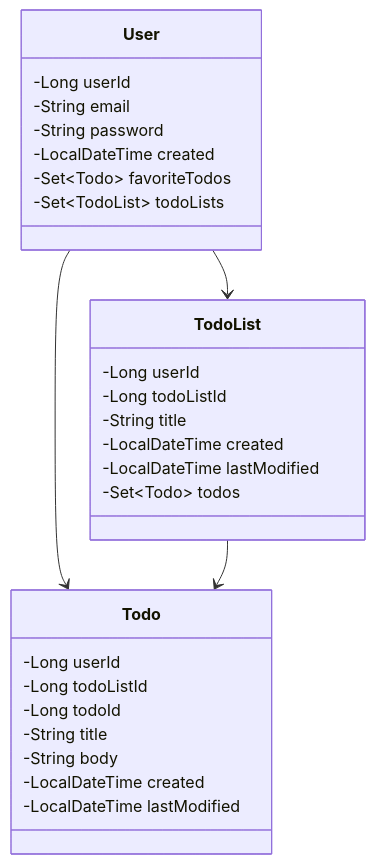
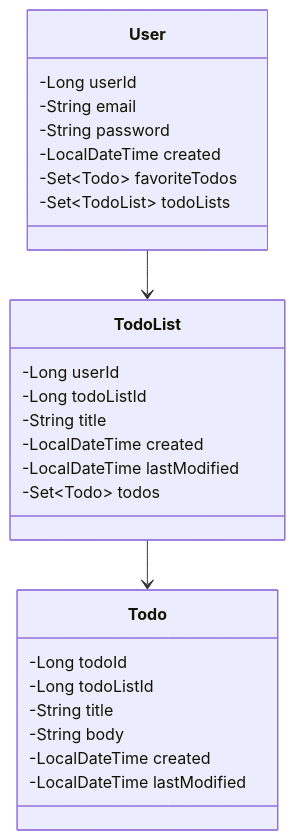
Before and after one commit to evans-p/todo-full-stack-app-backend: the diagram in README.md, drawn with Mermaid. The commit also changed 18 other files, not shown here.

````diff
--- a/README.md
+++ b/README.md
@@ -5,31 +5,29 @@
 ```mermaid
 classDiagram
     class User {
         -Long userId
         -String email
         -String password
         -LocalDateTime created
         -Set~Todo~ favoriteTodos
         -Set~TodoList~ todoLists
     }
     class TodoList {
         -Long userId
         -Long todoListId
         -String title
         -LocalDateTime created
         -LocalDateTime lastModified
         -Set~Todo~ todos
     }
     class Todo {
-        -Long userId
+        -Long todoId
         -Long todoListId
-        -Long todoId
         -String title
         -String body
         -LocalDateTime created
         -LocalDateTime lastModified
     }
     User --> TodoList
-    User --> Todo
     TodoList --> Todo
 ```
````
